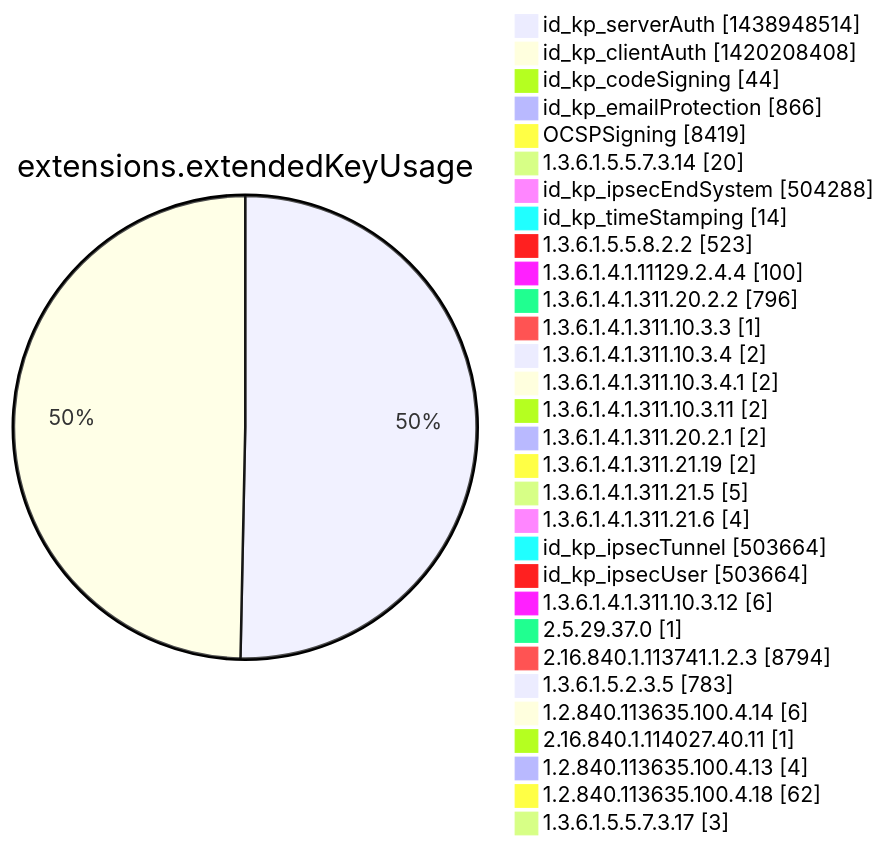
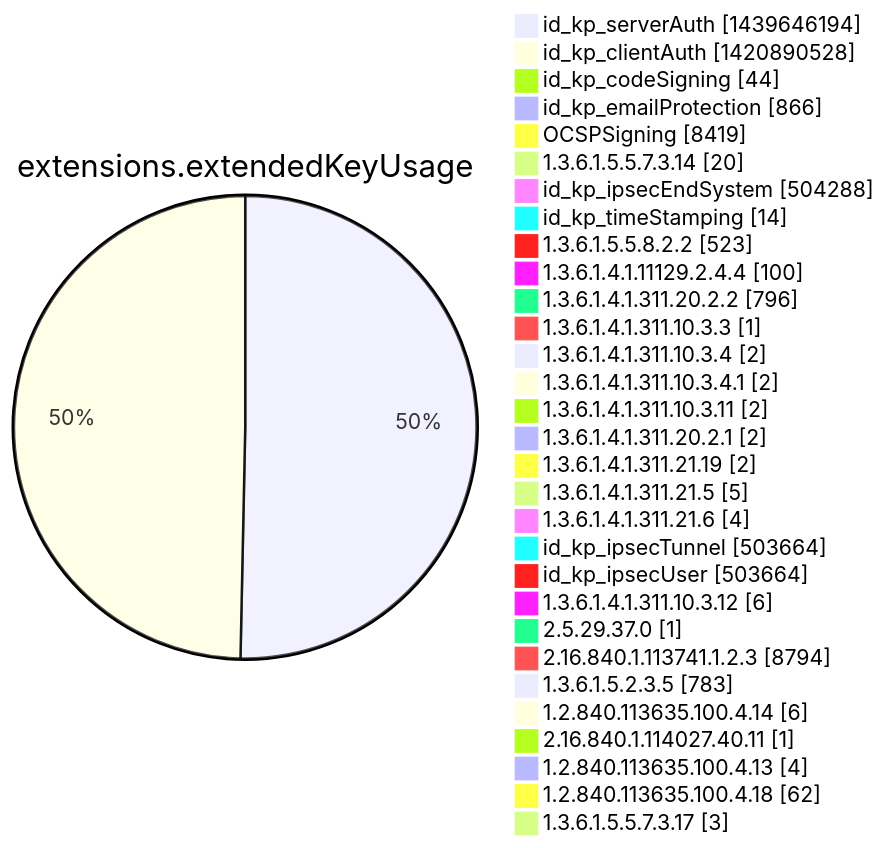
Diagram 12 of 15 in argon2022/README.md (christiankrug/ctmonitor_visualization), drawn with Mermaid before and after one commit. The commit also changed other lines of this file, not shown here.

````diff
--- a/argon2022/README.md
+++ b/argon2022/README.md
@@ -3555,34 +3555,34 @@
 ```mermaid
 pie showData
 title extensions.extendedKeyUsage
-"id_kp_serverAuth" :1438948514
-"id_kp_clientAuth" :1420208408
+"id_kp_serverAuth" :1439646194
+"id_kp_clientAuth" :1420890528
 "id_kp_codeSigning" :44
 "id_kp_emailProtection" :866
 "OCSPSigning" :8419
 "1.3.6.1.5.5.7.3.14" :20
 "id_kp_ipsecEndSystem" :504288
 "id_kp_timeStamping" :14
 "1.3.6.1.5.5.8.2.2" :523
 "1.3.6.1.4.1.11129.2.4.4" :100
 "1.3.6.1.4.1.311.20.2.2" :796
 "1.3.6.1.4.1.311.10.3.3" :1
 "1.3.6.1.4.1.311.10.3.4" :2
 "1.3.6.1.4.1.311.10.3.4.1" :2
 "1.3.6.1.4.1.311.10.3.11" :2
 "1.3.6.1.4.1.311.20.2.1" :2
 "1.3.6.1.4.1.311.21.19" :2
 "1.3.6.1.4.1.311.21.5" :5
 "1.3.6.1.4.1.311.21.6" :4
 "id_kp_ipsecTunnel" :503664
 "id_kp_ipsecUser" :503664
 "1.3.6.1.4.1.311.10.3.12" :6
 "2.5.29.37.0" :1
 "2.16.840.1.113741.1.2.3" :8794
 "1.3.6.1.5.2.3.5" :783
 "1.2.840.113635.100.4.14" :6
 "2.16.840.1.114027.40.11" :1
 "1.2.840.113635.100.4.13" :4
 "1.2.840.113635.100.4.18" :62
 "1.3.6.1.5.5.7.3.17" :3
 ```
````
